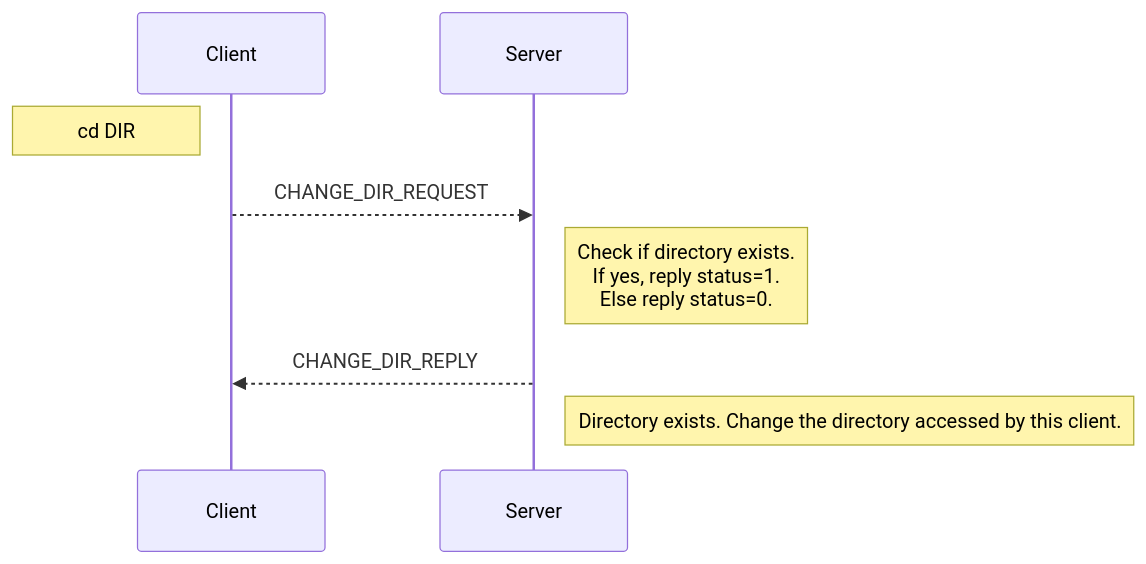
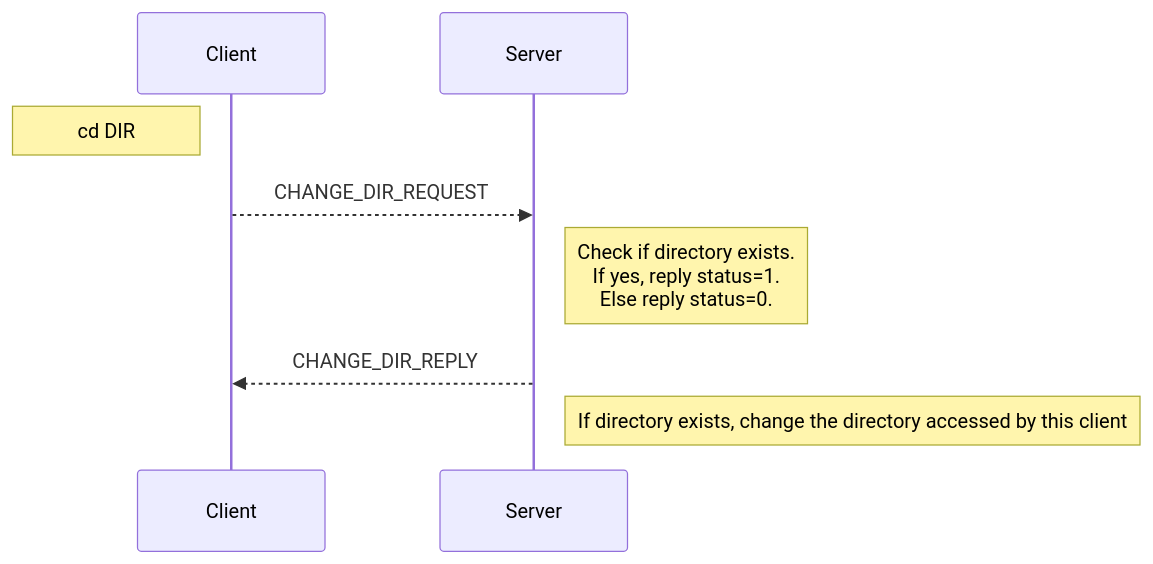
The fourth of 7 diagrams in 1.myftp.md (N2Sys-EDU/Lab1-Documentation), drawn with Mermaid before and after one commit.

Commit message:
typo fixed

````diff
--- a/1.myftp.md
+++ b/1.myftp.md
@@ -184,10 +184,10 @@
 ```mermaid
 sequenceDiagram
     participant Client
     participant Server
     Note left of Client: cd DIR
     Client -->> Server: CHANGE_DIR_REQUEST
     Note right of Server: Check if directory exists.<br>If yes, reply status=1.<br>Else reply status=0.
     Server -->> Client: CHANGE_DIR_REPLY
-    Note right of Server: Directory exists. Change the directory accessed by this client.
+    Note right of Server: If directory exists, change the directory accessed by this client
 ```
````
